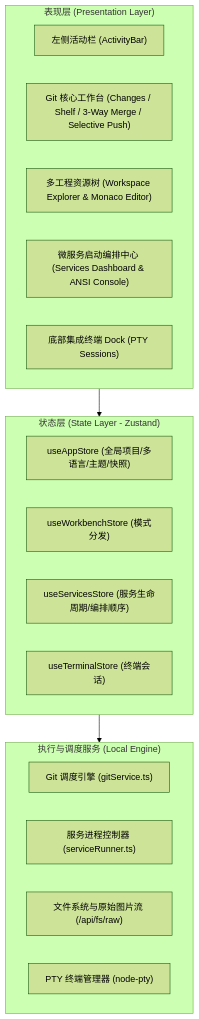
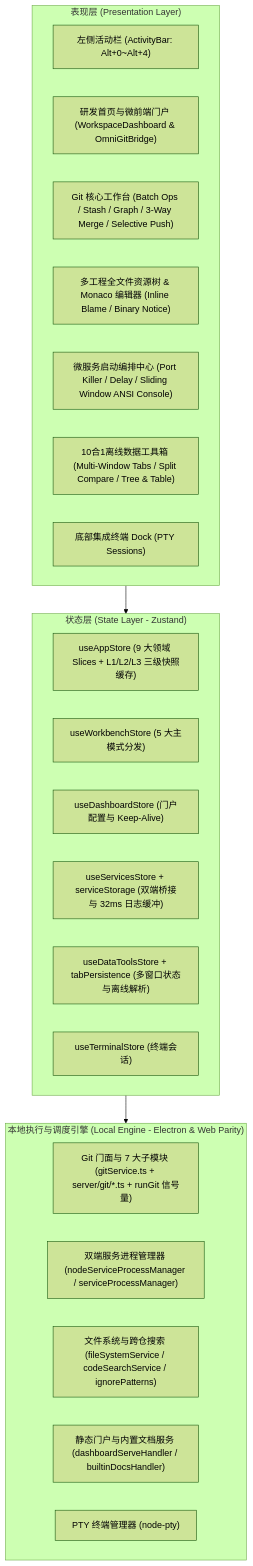
One commit to BucanYu/OmniGit changed the diagram in app/public/docs/OmniGit_PRD.md. Above: the diagram before and after it, drawn with Mermaid (forest theme). The commit also changed other lines of this file and 13 other files, not shown here.

Commit message:
docs: synchronize README, PRD, changelog, and architecture docs with v0.6.0 features

````diff
--- a/app/public/docs/OmniGit_PRD.md
+++ b/app/public/docs/OmniGit_PRD.md
@@ -72,27 +100,32 @@
 ```mermaid
 flowchart TD
     subgraph UI ["表现层 (Presentation Layer)"]
-        ActivityBar["左侧活动栏 (ActivityBar)"]
-        GitView["Git 核心工作台 (Changes / Shelf / 3-Way Merge / Selective Push)"]
-        ExplorerView["多工程资源树 (Workspace Explorer & Monaco Editor)"]
-        ServicesView["微服务启动编排中心 (Services Dashboard & ANSI Console)"]
+        ActivityBar["左侧活动栏 (ActivityBar: Alt+0~Alt+4)"]
+        DashboardView["研发首页与微前端门户 (WorkspaceDashboard & OmniGitBridge)"]
+        GitView["Git 核心工作台 (Batch Ops / Stash / Graph / 3-Way Merge / Selective Push)"]
+        ExplorerView["多工程全文件资源树 & Monaco 编辑器 (Inline Blame / Binary Notice)"]
+        ServicesView["微服务启动编排中心 (Port Killer / Delay / Sliding Window ANSI Console)"]
+        DataToolsView["10合1离线数据工具箱 (Multi-Window Tabs / Split Compare / Tree & Table)"]
         TerminalDock["底部集成终端 Dock (PTY Sessions)"]
     end
 
     subgraph State ["状态层 (State Layer - Zustand)"]
-        AppStore["useAppStore (全局项目/多语言/主题/快照)"]
-        WorkbenchStore["useWorkbenchStore (模式分发)"]
-        ServicesStore["useServicesStore (服务生命周期/编排顺序)"]
+        AppStore["useAppStore (9 大领域 Slices + L1/L2/L3 三级快照缓存)"]
+        WorkbenchStore["useWorkbenchStore (5 大主模式分发)"]
+        DashboardStore["useDashboardStore (门户配置与 Keep-Alive)"]
+        ServicesStore["useServicesStore + serviceStorage (双端桥接与 32ms 日志缓冲)"]
+        DataToolsStore["useDataToolsStore + tabPersistence (多窗口状态与离线解析)"]
         TerminalStore["useTerminalStore (终端会话)"]
     end
 
-    subgraph ServiceLayer ["执行与调度服务 (Local Engine)"]
-        GitService["Git 调度引擎 (gitService.ts)"]
-        ServiceRunner["服务进程控制器 (serviceRunner.ts)"]
-        FileService["文件系统与原始图片流 (/api/fs/raw)"]
+    subgraph ServiceLayer ["本地执行与调度引擎 (Local Engine - Electron & Web Parity)"]
+        GitFacade["Git 门面与 7 大子模块 (gitService.ts + server/git/*.ts + runGit 信号量)"]
+        ServiceRunner["双端服务进程管理器 (nodeServiceProcessManager / serviceProcessManager)"]
+        FileAndSearch["文件系统与跨仓搜索 (fileSystemService / codeSearchService / ignorePatterns)"]
+        PortalServe["静态门户与内置文档服务 (dashboardServeHandler / builtinDocsHandler)"]
         TerminalService["PTY 终端管理器 (node-pty)"]
     end
 
     UI --> State
     State --> ServiceLayer
 ```
````
